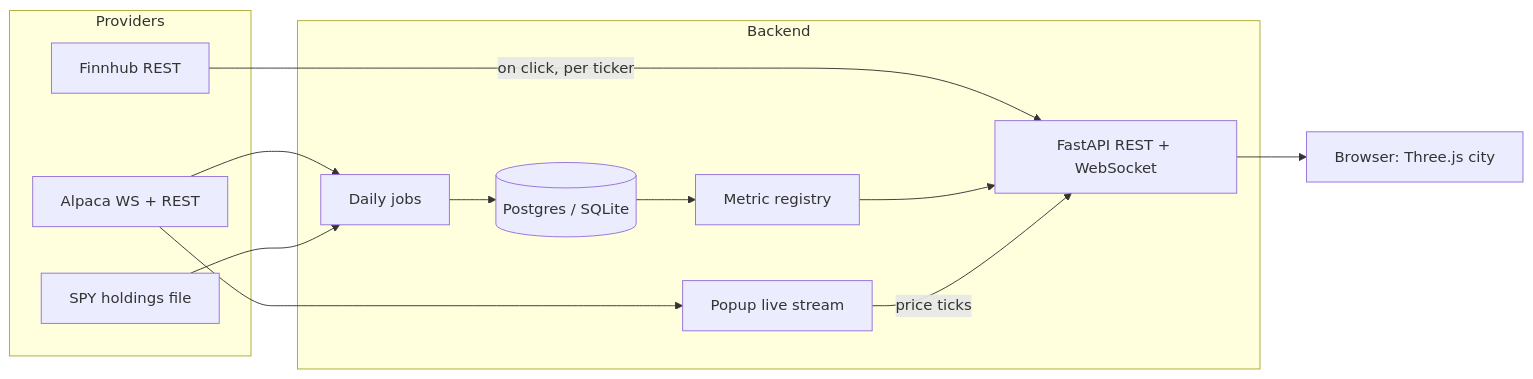
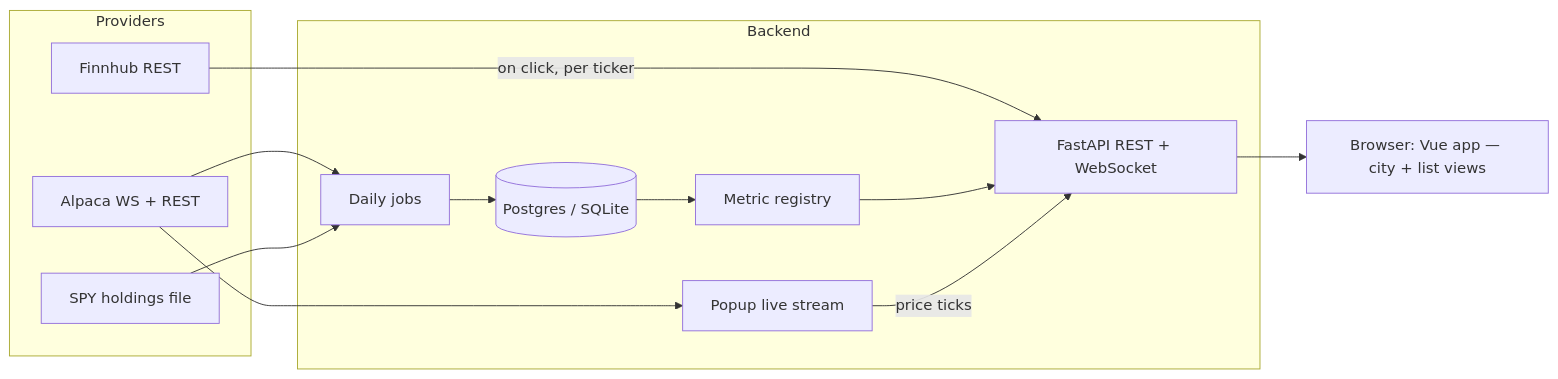
The diagram in StockTownOutline.md (JORDANDFLANAGAN/stocktownMk1), drawn with Mermaid before and after one commit. The commit also changed other lines of this file and 2 other files, not shown here.

First line of the commit message:
Docs: plan Vue frontend with list and city views

````diff
--- a/StockTownOutline.md
+++ b/StockTownOutline.md
@@ -118,24 +121,24 @@
 ```mermaid
 flowchart LR
   subgraph Providers
     A[Alpaca WS + REST]
     F[Finnhub REST]
     S[SPY holdings file]
   end
   subgraph Backend
     I[Popup live stream]
     J[Daily jobs]
     DB[(Postgres / SQLite)]
     M[Metric registry]
     API[FastAPI REST + WebSocket]
   end
   A --> I
   A --> J
   F -- on click, per ticker --> API
   S --> J
   J --> DB
   DB --> M
   M --> API
   I -- price ticks --> API
-  API --> UI[Browser: Three.js city]
+  API --> UI[Browser: Vue app — city + list views]
 ```
````
